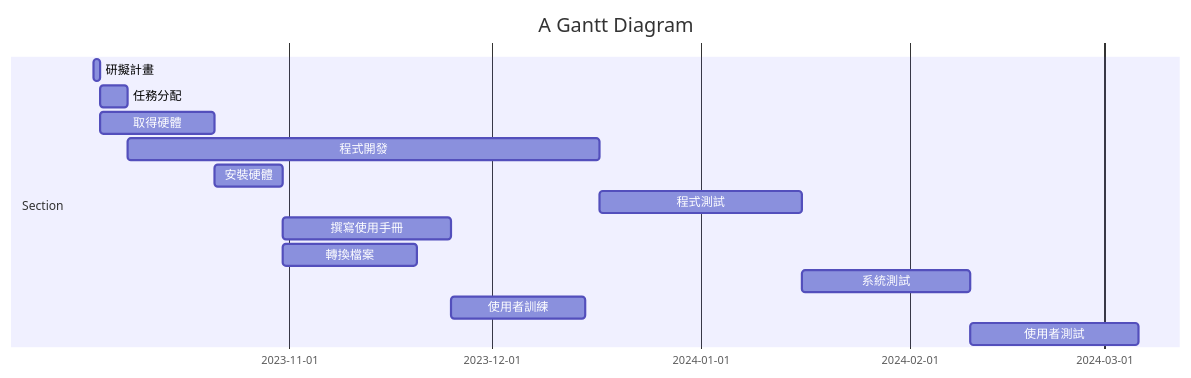
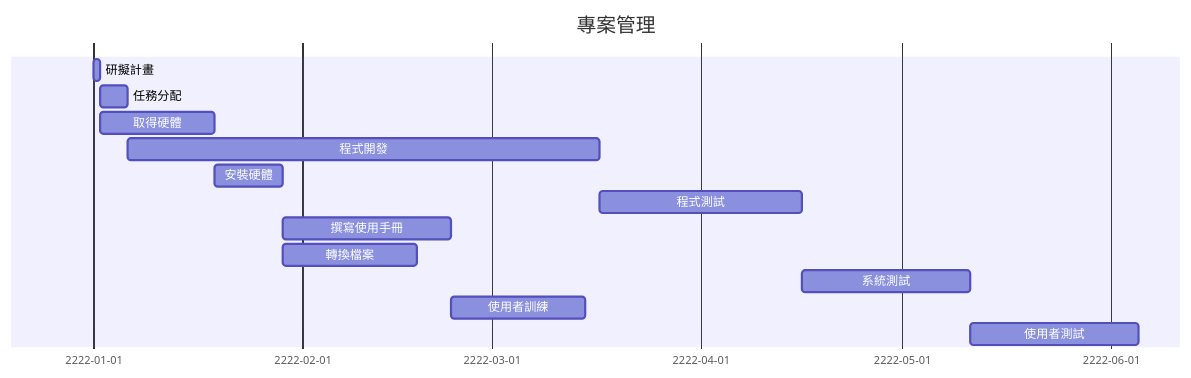
Before and after one commit to sin3845/123: the diagram in hw2.md, drawn with Mermaid. The commit also changed other lines of this file, not shown here.

````diff
--- a/hw2.md
+++ b/hw2.md
@@ -4,17 +4,15 @@
 ```mermaid
 gantt
-    title A Gantt Diagram
-
-    section Section
-    研擬計畫           :a1, 2023-10-03, 1d
-    任務分配     :a2,after a1  , 4d
-    取得硬體  :a3,after a1  , 17d
-    程式開發   :a4,after a2, 70d
-    安裝硬體:a5,after a3,10d
-    程式測試:a6,after a4,30d
-    撰寫使用手冊:a7,after a5,25d
-    轉換檔案:a8,after a5,20d
-    系統測試:a9,after a6,25d
-    使用者訓練:a10,after a7 & a8,20d
-    使用者測試:a11,after a9 & a10,25d    
+    title 專案管理
+    研擬計畫      :a1, 2222-01-01, 1d
+    任務分配      :a2, after a1, 4d
+    取得硬體      :a3, after a1, 17d
+    程式開發      :a4, after a2, 70d
+    安裝硬體      :a5, after a3, 10d
+    程式測試      :a6, after a4, 30d
+    撰寫使用手冊   :a7, after a5, 25d
+    轉換檔案      :a8, after a5, 20d
+    系統測試      :a9, after a6, 25d
+    使用者訓練    :a10, after a7 & a8, 20d
+    使用者測試    :a11, after a9 & a10, 25d
 ```
````
